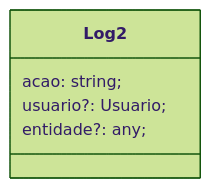
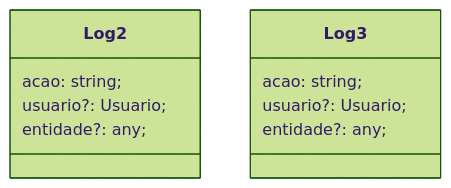
One commit to DantasRocha/FinancasTI changed the diagram in Diagrama2.MD. Above: the diagram before and after it, drawn with Mermaid (forest theme).

````diff
--- a/Diagrama2.MD
+++ b/Diagrama2.MD
@@ -9,11 +9,18 @@
 ```mermaid
 classDiagram
 
 
 class Log2 {
     acao: string;
     usuario?: Usuario;
     entidade?: any;
 }
 
+
+class Log3 {
+    acao: string;
+    usuario?: Usuario;
+    entidade?: any;
+}
+
 ```
````
